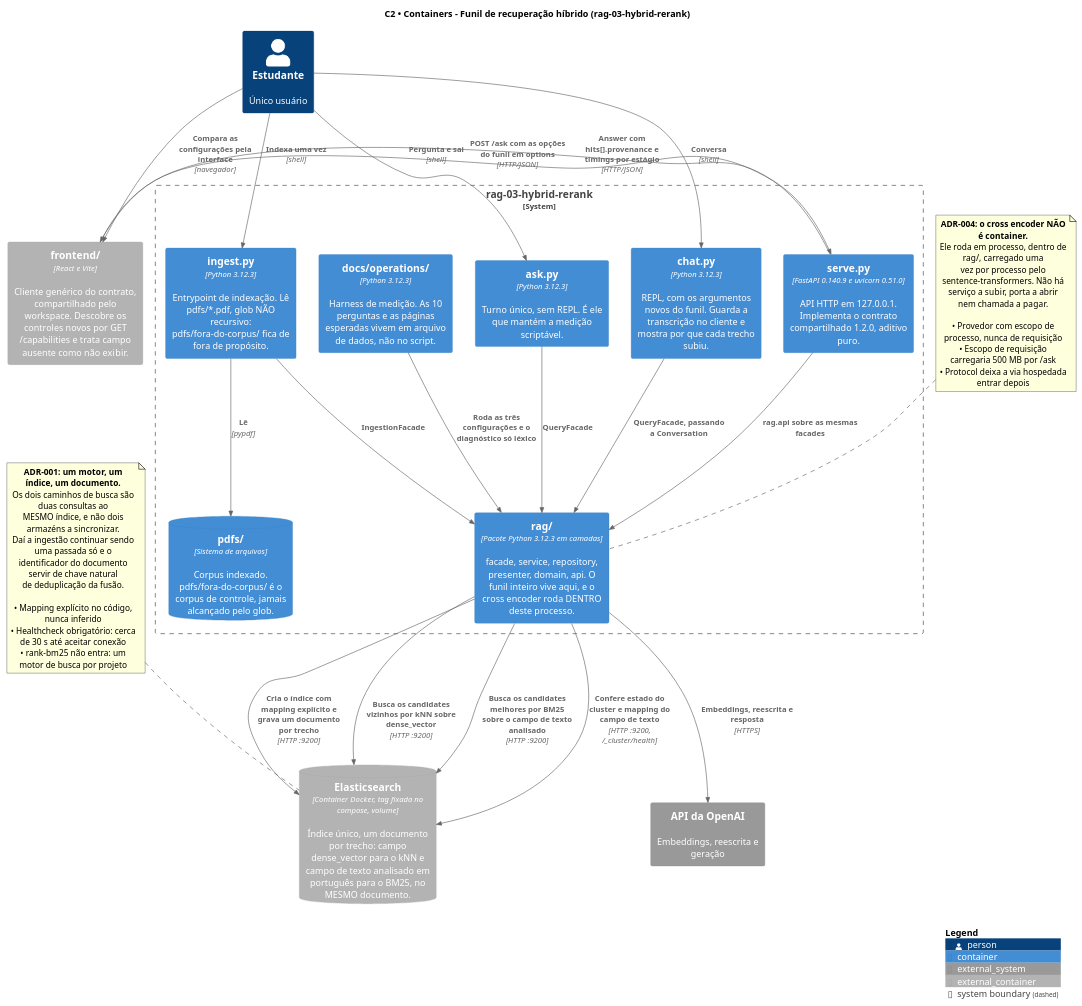
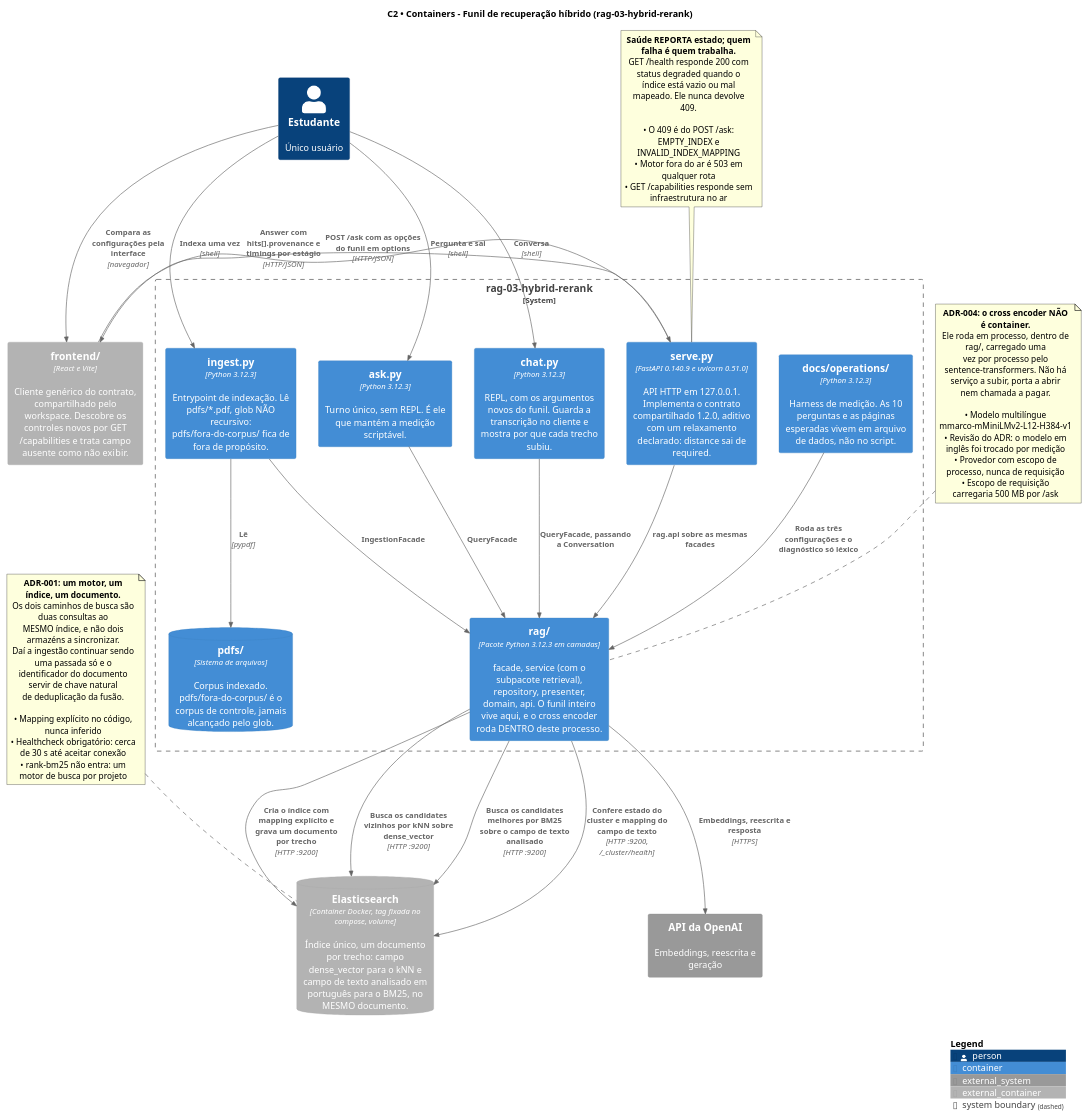
One commit to Arthur-Diego/projetos-rag changed the diagram in rag-03-hybrid-rerank/docs/domains/rag/diagrams/c4/container.puml. Above: the diagram before and after it, drawn with PlantUML. The commit also changed 11 other files, not shown here.

First line of the commit message:
docs(rag-03): reconcilia docs e contrato com o codigo apos o dd-doc-sync

```diff
--- a/rag-03-hybrid-rerank/docs/domains/rag/diagrams/c4/container.puml
+++ b/rag-03-hybrid-rerank/docs/domains/rag/diagrams/c4/container.puml
@@ -1,76 +1,88 @@
 @startuml container
 !pragma charset UTF-8
 !include https://raw.githubusercontent.com/plantuml-stdlib/C4-PlantUML/v2.10.0/C4_Container.puml
 
 LAYOUT_TOP_DOWN()
 
 title C2 • Containers - Funil de recuperação híbrido (rag-03-hybrid-rerank)
 
 Person(estudante, "Estudante", "Único usuário")
 
 System_Boundary(sistema, "rag-03-hybrid-rerank") {
   Container(ingest, "ingest.py", "Python 3.12.3", "Entrypoint de indexação. Lê pdfs/*.pdf, glob NÃO recursivo: pdfs/fora-do-corpus/ fica de fora de propósito.")
   Container(ask, "ask.py", "Python 3.12.3", "Turno único, sem REPL. É ele que mantém a medição scriptável.")
   Container(chat, "chat.py", "Python 3.12.3", "REPL, com os argumentos novos do funil. Guarda a transcrição no cliente e mostra por que cada trecho subiu.")
-  Container(serve, "serve.py", "FastAPI 0.140.9 e uvicorn 0.51.0", "API HTTP em 127.0.0.1. Implementa o contrato compartilhado 1.2.0, aditivo puro.")
-  Container(pacote, "rag/", "Pacote Python 3.12.3 em camadas", "facade, service, repository, presenter, domain, api. O funil inteiro vive aqui, e o cross encoder roda DENTRO deste processo.")
+  Container(serve, "serve.py", "FastAPI 0.140.9 e uvicorn 0.51.0", "API HTTP em 127.0.0.1. Implementa o contrato compartilhado 1.2.0, aditivo com um relaxamento declarado: distance sai de required.")
+  Container(pacote, "rag/", "Pacote Python 3.12.3 em camadas", "facade, service (com o subpacote retrieval), repository, presenter, domain, api. O funil inteiro vive aqui, e o cross encoder roda DENTRO deste processo.")
   Container(harness, "docs/operations/", "Python 3.12.3", "Harness de medição. As 10 perguntas e as páginas esperadas vivem em arquivo de dados, não no script.")
   ContainerDb(corpus, "pdfs/", "Sistema de arquivos", "Corpus indexado. pdfs/fora-do-corpus/ é o corpus de controle, jamais alcançado pelo glob.")
 }
 
 Container_Ext(frontend, "frontend/", "React e Vite", "Cliente genérico do contrato, compartilhado pelo workspace. Descobre os controles novos por GET /capabilities e trata campo ausente como não exibir.")
 
 ContainerDb_Ext(elasticsearch, "Elasticsearch", "Container Docker, tag fixada no compose, volume", "Índice único, um documento por trecho: campo dense_vector para o kNN e campo de texto analisado em português para o BM25, no MESMO documento.")
 
 System_Ext(openai, "API da OpenAI", "Embeddings, reescrita e geração")
 
 Rel(estudante, ingest, "Indexa uma vez", "shell")
 Rel(estudante, ask, "Pergunta e sai", "shell")
 Rel(estudante, chat, "Conversa", "shell")
 Rel(estudante, frontend, "Compara as configurações pela interface", "navegador")
 
 Rel(frontend, serve, "POST /ask com as opções do funil em options", "HTTP/JSON")
 Rel(serve, frontend, "Answer com hits[].provenance e timings por estágio", "HTTP/JSON")
 
 Rel(ingest, pacote, "IngestionFacade")
 Rel(ask, pacote, "QueryFacade")
 Rel(chat, pacote, "QueryFacade, passando a Conversation")
 Rel(serve, pacote, "rag.api sobre as mesmas facades")
 Rel(harness, pacote, "Roda as três configurações e o diagnóstico só léxico")
 
 Rel(ingest, corpus, "Lê", "pypdf")
 Rel(pacote, elasticsearch, "Cria o índice com mapping explícito e grava um documento por trecho", "HTTP :9200")
 Rel(pacote, elasticsearch, "Busca os candidates vizinhos por kNN sobre dense_vector", "HTTP :9200")
 Rel(pacote, elasticsearch, "Busca os candidates melhores por BM25 sobre o campo de texto analisado", "HTTP :9200")
 Rel(pacote, elasticsearch, "Confere estado do cluster e mapping do campo de texto", "HTTP :9200, /_cluster/health")
 Rel(pacote, openai, "Embeddings, reescrita e resposta", "HTTPS")
 
 note as ADR001
   **ADR-001: um motor, um índice, um documento.**
   Os dois caminhos de busca são duas consultas ao
   MESMO índice, e não dois armazéns a sincronizar.
   Daí a ingestão continuar sendo uma passada só e o
   identificador do documento servir de chave natural
   de deduplicação da fusão.
 
   • Mapping explícito no código, nunca inferido
   • Healthcheck obrigatório: cerca de 30 s até aceitar conexão
   • rank-bm25 não entra: um motor de busca por projeto
 end note
 
 note as ADR004
   **ADR-004: o cross encoder NÃO é container.**
   Ele roda em processo, dentro de rag/, carregado uma
   vez por processo pelo sentence-transformers. Não há
   serviço a subir, porta a abrir nem chamada a pagar.
 
+  • Modelo multilíngue mmarco-mMiniLMv2-L12-H384-v1
+  • Revisão do ADR: o modelo em inglês foi trocado por medição
   • Provedor com escopo de processo, nunca de requisição
   • Escopo de requisição carregaria 500 MB por /ask
-  • Protocol deixa a via hospedada entrar depois
+end note
+
+note as SAUDE
+  **Saúde REPORTA estado; quem falha é quem trabalha.**
+  GET /health responde 200 com status degraded quando o
+  índice está vazio ou mal mapeado. Ele nunca devolve 409.
+
+  • O 409 é do POST /ask: EMPTY_INDEX e INVALID_INDEX_MAPPING
+  • Motor fora do ar é 503 em qualquer rota
+  • GET /capabilities responde sem infraestrutura no ar
 end note
 
 ADR001 .. elasticsearch
 ADR004 .. pacote
+SAUDE .. serve
 
 SHOW_LEGEND()
 @enduml
```
